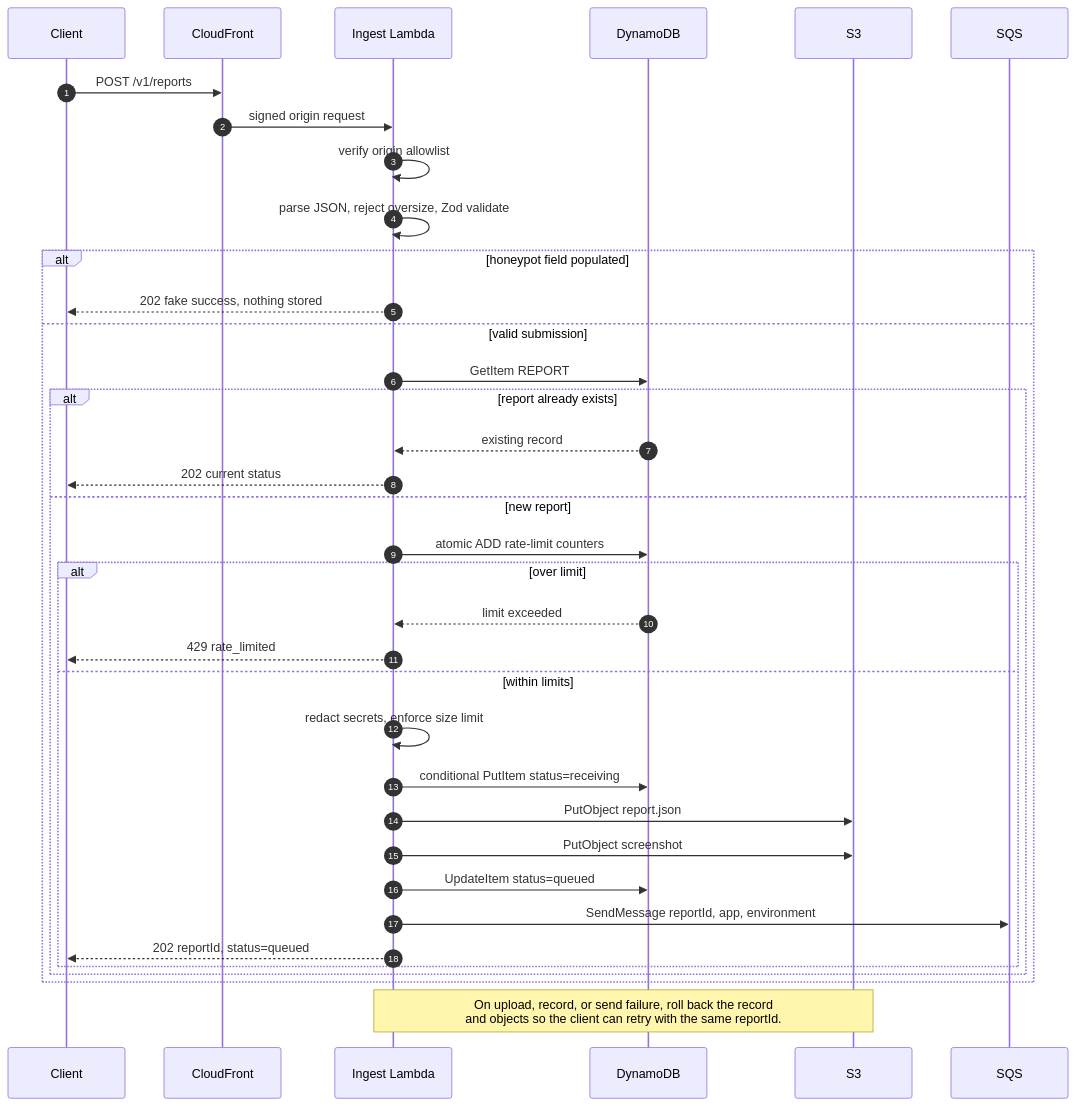
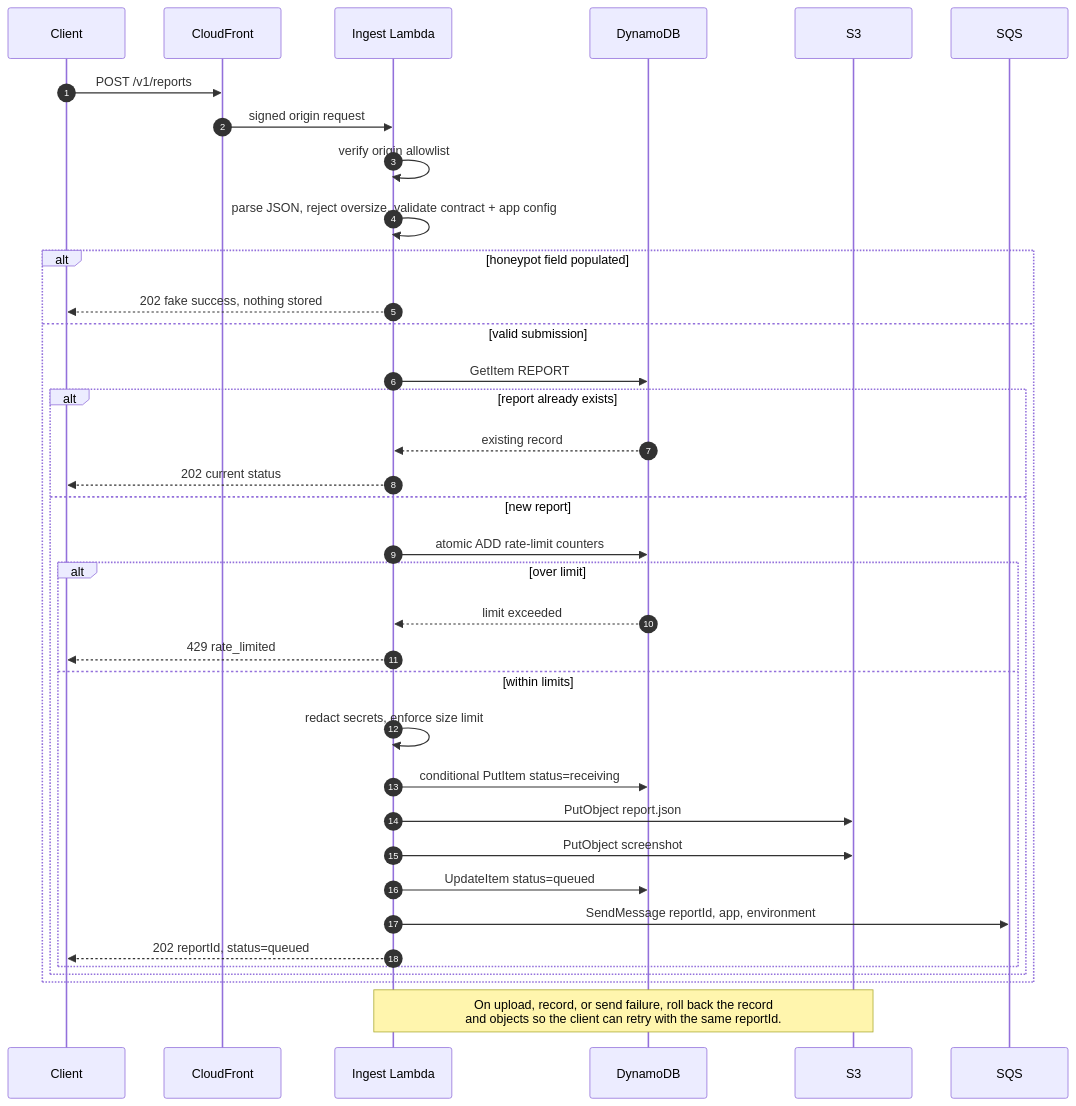
The second of 4 diagrams in docs/issue-reporting-architecture.md (steventclarke/issue-reporter), drawn with Mermaid before and after one commit. The commit also changed other lines of this file and 1 other file, not shown here.

Commit message:
Sync design docs with app-agnostic contract

````diff
--- a/docs/issue-reporting-architecture.md
+++ b/docs/issue-reporting-architecture.md
@@ -86,40 +89,40 @@
 ```mermaid
 sequenceDiagram
   autonumber
   participant C as Client
   participant CF as CloudFront
   participant I as Ingest Lambda
   participant D as DynamoDB
   participant S as S3
   participant Q as SQS
 
   C->>CF: POST /v1/reports
   CF->>I: signed origin request
   I->>I: verify origin allowlist
-  I->>I: parse JSON, reject oversize, Zod validate
+  I->>I: parse JSON, reject oversize, validate contract + app config
   alt honeypot field populated
     I-->>C: 202 fake success, nothing stored
   else valid submission
     I->>D: GetItem REPORT#reportId
     alt report already exists
       D-->>I: existing record
       I-->>C: 202 current status
     else new report
       I->>D: atomic ADD rate-limit counters
       alt over limit
         D-->>I: limit exceeded
         I-->>C: 429 rate_limited
       else within limits
         I->>I: redact secrets, enforce size limit
         I->>D: conditional PutItem status=receiving
         I->>S: PutObject report.json
         I->>S: PutObject screenshot
         I->>D: UpdateItem status=queued
         I->>Q: SendMessage reportId, app, environment
         I-->>C: 202 reportId, status=queued
       end
     end
   end
 
   Note over I,S: On upload, record, or send failure, roll back the record<br/>and objects so the client can retry with the same reportId.
 ```
````
